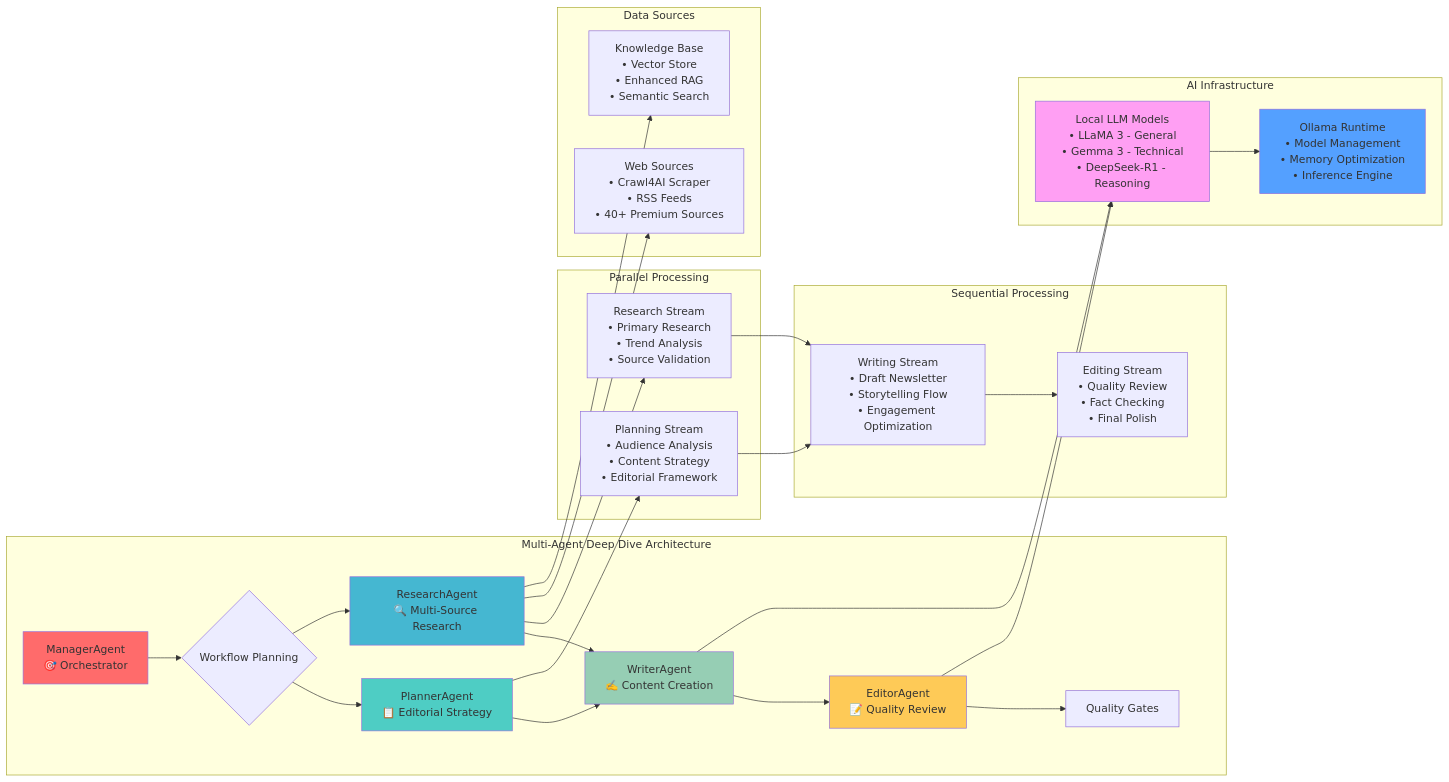
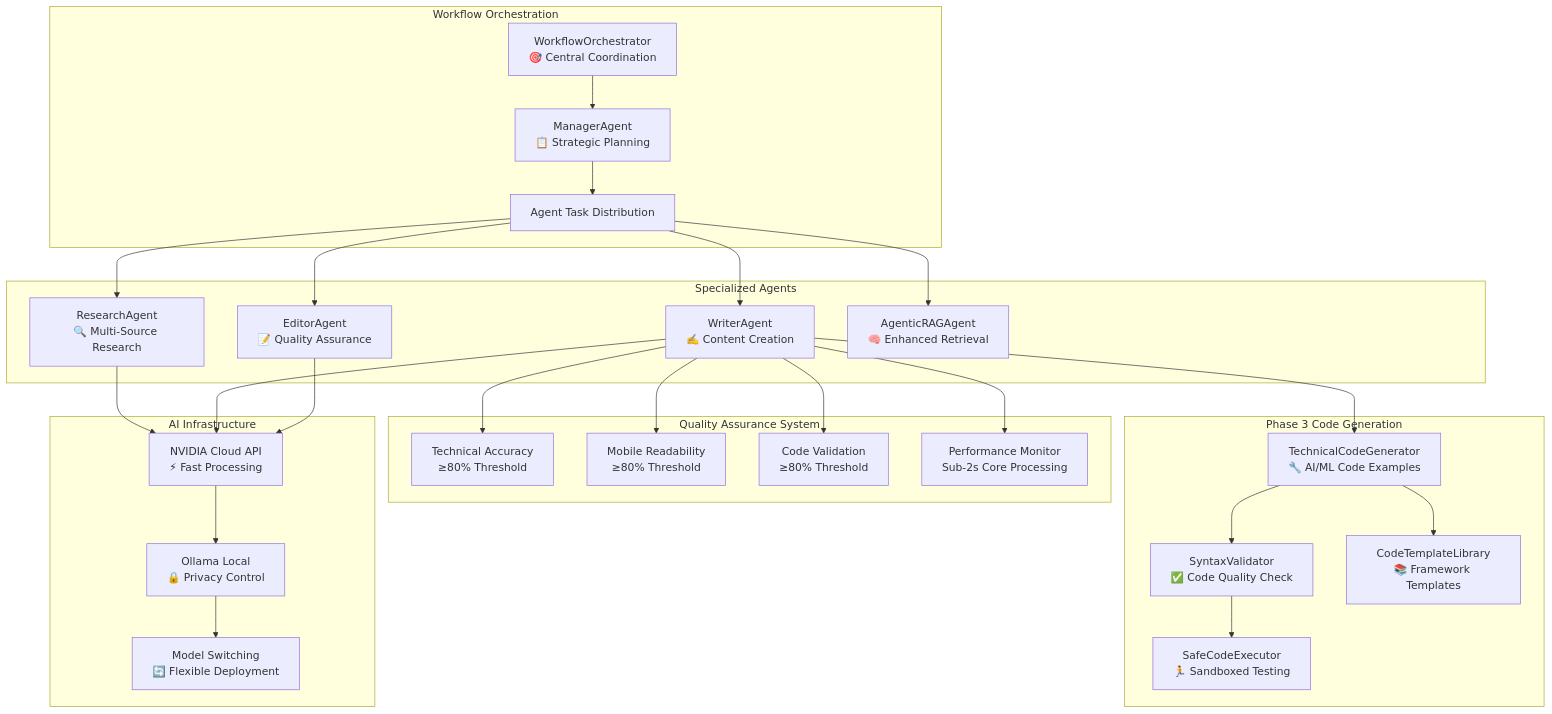
One commit to jteerlink/newsletter-generator changed the first of 2 diagrams in docs/project_blog_post.md. Above: the diagram before and after it, drawn with Mermaid. The commit also changed other lines of this file and 1 other file, not shown here.

First line of the commit message:
Update README and project blog post to reflect custom multi-agent architecture and enhanced code generation capabilities

````diff
--- a/docs/project_blog_post.md
+++ b/docs/project_blog_post.md
@@ -104,56 +32,55 @@
 ```mermaid
-graph LR
-    subgraph "Multi-Agent Deep Dive Architecture"
-        A[ManagerAgent<br/>🎯 Orchestrator] --> B{Workflow Planning}
-        B --> C[PlannerAgent<br/>📋 Editorial Strategy]
-        B --> D[ResearchAgent<br/>🔍 Multi-Source Research]
-        
-        C --> E[WriterAgent<br/>✍️ Content Creation]
-        D --> E
-        
-        E --> F[EditorAgent<br/>📝 Quality Review]
-        
-        F --> G[Quality Gates]
+graph TB
+    subgraph "Workflow Orchestration"
+        A[WorkflowOrchestrator<br/>🎯 Central Coordination] --> B[ManagerAgent<br/>📋 Strategic Planning]
+        B --> C[Agent Task Distribution]
     end
     
-    subgraph "Parallel Processing"
-        H[Planning Stream<br/>• Audience Analysis<br/>• Content Strategy<br/>• Editorial Framework]
-        I[Research Stream<br/>• Primary Research<br/>• Trend Analysis<br/>• Source Validation]
+    subgraph "Specialized Agents"
+        D[ResearchAgent<br/>🔍 Multi-Source Research]
+        E[WriterAgent<br/>✍️ Content Creation]
+        F[EditorAgent<br/>📝 Quality Assurance]
+        G[AgenticRAGAgent<br/>🧠 Enhanced Retrieval]
     end
     
-    subgraph "Sequential Processing"
-        J[Writing Stream<br/>• Draft Newsletter<br/>• Storytelling Flow<br/>• Engagement Optimization]
-        K[Editing Stream<br/>• Quality Review<br/>• Fact Checking<br/>• Final Polish]
+    subgraph "Phase 3 Code Generation"
+        H[TechnicalCodeGenerator<br/>🔧 AI/ML Code Examples]
+        I[SyntaxValidator<br/>✅ Code Quality Check]
+        J[SafeCodeExecutor<br/>🏃 Sandboxed Testing]
+        K[CodeTemplateLibrary<br/>📚 Framework Templates]
+    end
+    
+    subgraph "Quality Assurance System"
+        L[Technical Accuracy<br/>≥80% Threshold]
+        M[Mobile Readability<br/>≥80% Threshold]
+        N[Code Validation<br/>≥80% Threshold]
+        O[Performance Monitor<br/>Sub-2s Core Processing]
     end
     
     subgraph "AI Infrastructure"
-        L[Local LLM Models<br/>• LLaMA 3 - General<br/>• Gemma 3 - Technical<br/>• DeepSeek-R1 - Reasoning]
-        M[Ollama Runtime<br/>• Model Management<br/>• Memory Optimization<br/>• Inference Engine]
+        P[NVIDIA Cloud API<br/>⚡ Fast Processing]
+        Q[Ollama Local<br/>🔒 Privacy Control]
+        R[Model Switching<br/>🔄 Flexible Deployment]
     end
     
-    subgraph "Data Sources"
-        N[Web Sources<br/>• Crawl4AI Scraper<br/>• RSS Feeds<br/>• 40+ Premium Sources]
-        O[Knowledge Base<br/>• Vector Store<br/>• Enhanced RAG<br/>• Semantic Search]
-    end
+    C --> D
+    C --> E
+    C --> F
+    C --> G
     
-    C --> H
-    D --> I
-    H --> J
+    E --> H
+    H --> I
     I --> J
-    J --> K
+    H --> K
     
     E --> L
-    F --> L
-    L --> M
+    E --> M
+    E --> N
+    E --> O
     
-    D --> N
-    D --> O
-    
-    style A fill:#ff6b6b
-    style C fill:#4ecdc4
-    style D fill:#45b7d1
-    style E fill:#96ceb4
-    style F fill:#feca57
-    style L fill:#ff9ff3
-    style M fill:#54a0ff
+    D --> P
+    E --> P
+    F --> P
+    P --> Q
+    Q --> R
 ```
````
